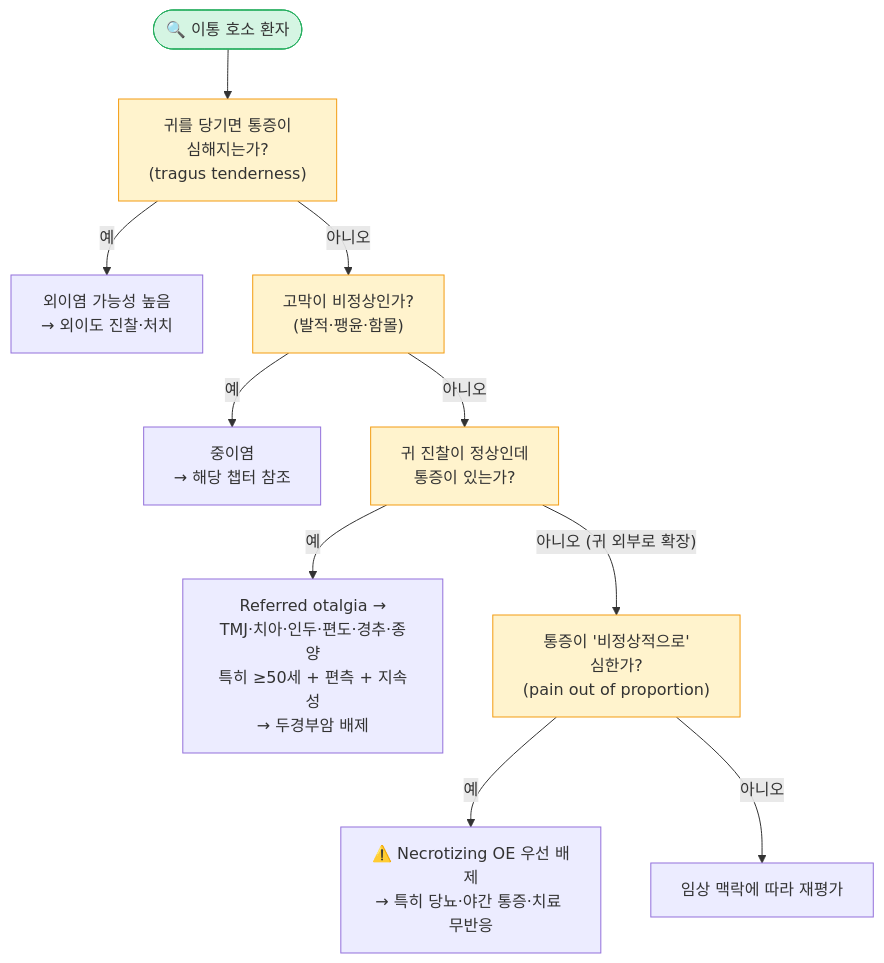
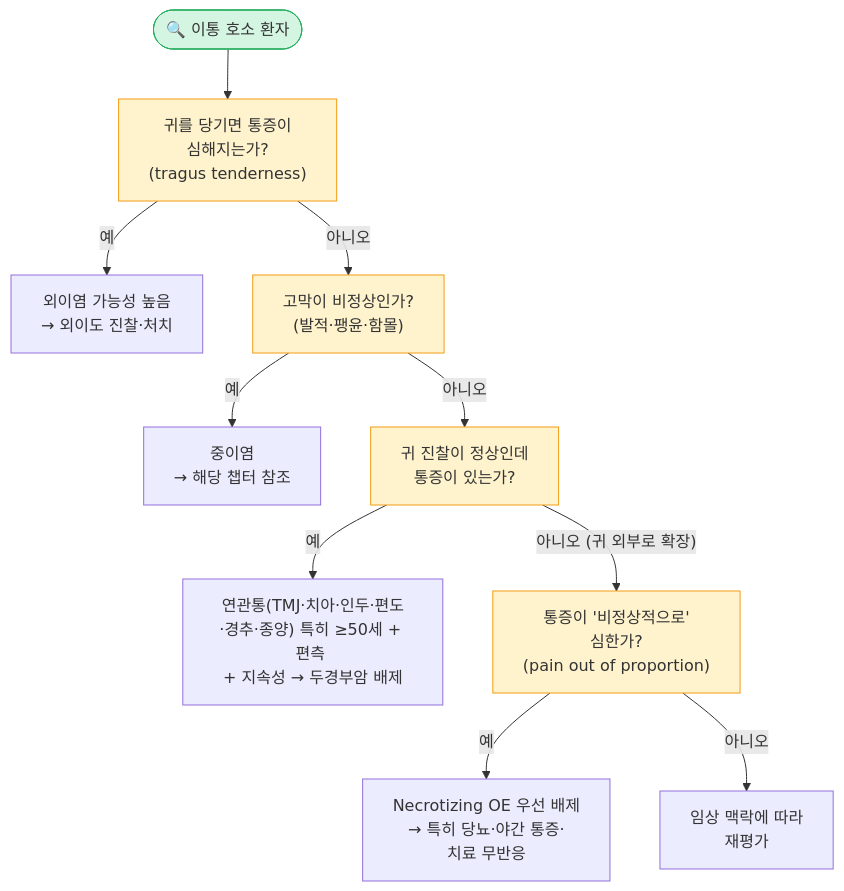
One commit to familyoh77/familyoh77 changed the first of 2 diagrams in 222_/047_-otitis-externa.md. Above: the diagram before and after it, drawn with Mermaid. The commit also changed other lines of this file, not shown here.

````diff
--- a/222_/047_-otitis-externa.md
+++ b/222_/047_-otitis-externa.md
@@ -86,17 +86,17 @@
 ```mermaid
 graph TD
     S(["🔍 이통 호소 환자"]) --> Q1["귀를 당기면 통증이<br/>심해지는가?<br/>(tragus tenderness)"]
     Q1 -- "예" --> OE["외이염 가능성 높음<br/>→ 외이도 진찰·처치"]
     Q1 -- "아니오" --> Q2["고막이 비정상인가?<br/>(발적·팽윤·함몰)"]
     Q2 -- "예" --> OM["중이염<br/>→ 해당 챕터 참조"]
     Q2 -- "아니오" --> Q3["귀 진찰이 정상인데<br/>통증이 있는가?"]
-    Q3 -- "예" --> REF["Referred otalgia →<br/>TMJ·치아·인두·편도·경추·종양<br/>특히 ≥50세 + 편측 + 지속성<br/>→ 두경부암 배제"]
+    Q3 -- "예" --> REF["연관통(TMJ·치아·인두·편도<br/>·경추·종양) 특히 ≥50세 + 편측 <br/>+ 지속성 → 두경부암 배제"]
     Q3 -- "아니오 (귀 외부로 확장)" --> Q4["통증이 '비정상적으로'<br/>심한가?<br/>(pain out of proportion)"]
-    Q4 -- "예" --> NOE["⚠️ Necrotizing OE 우선 배제<br/>→ 특히 당뇨·야간 통증·치료 무반응"]
-    Q4 -- "아니오" --> EVAL["임상 맥락에 따라 재평가"]
+    Q4 -- "예" --> NOE["Necrotizing OE 우선 배제<br/>→ 특히 당뇨·야간 통증·<br/>치료 무반응"]
+    Q4 -- "아니오" --> EVAL["임상 맥락에 따라 <br/>재평가"]
     
         style S fill:#d5f5e3,stroke:#27ae60
         classDef yellow fill:#fff3cd,stroke:#f39c12
         class Q1,Q2,Q3,Q4 yellow
 
 ```
````
